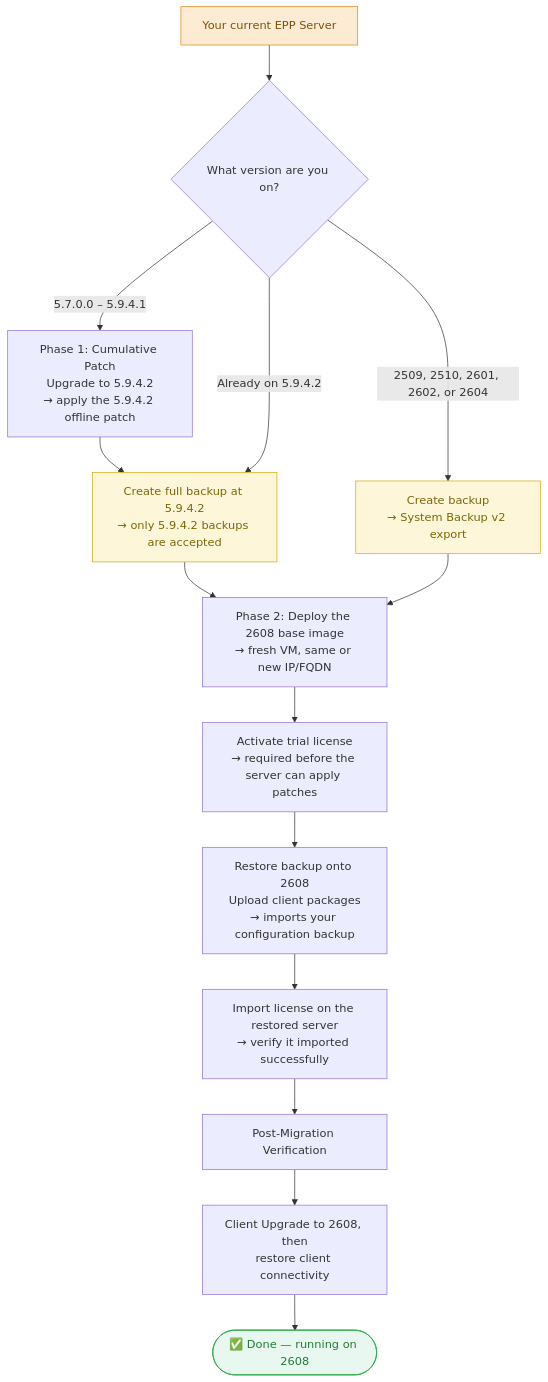
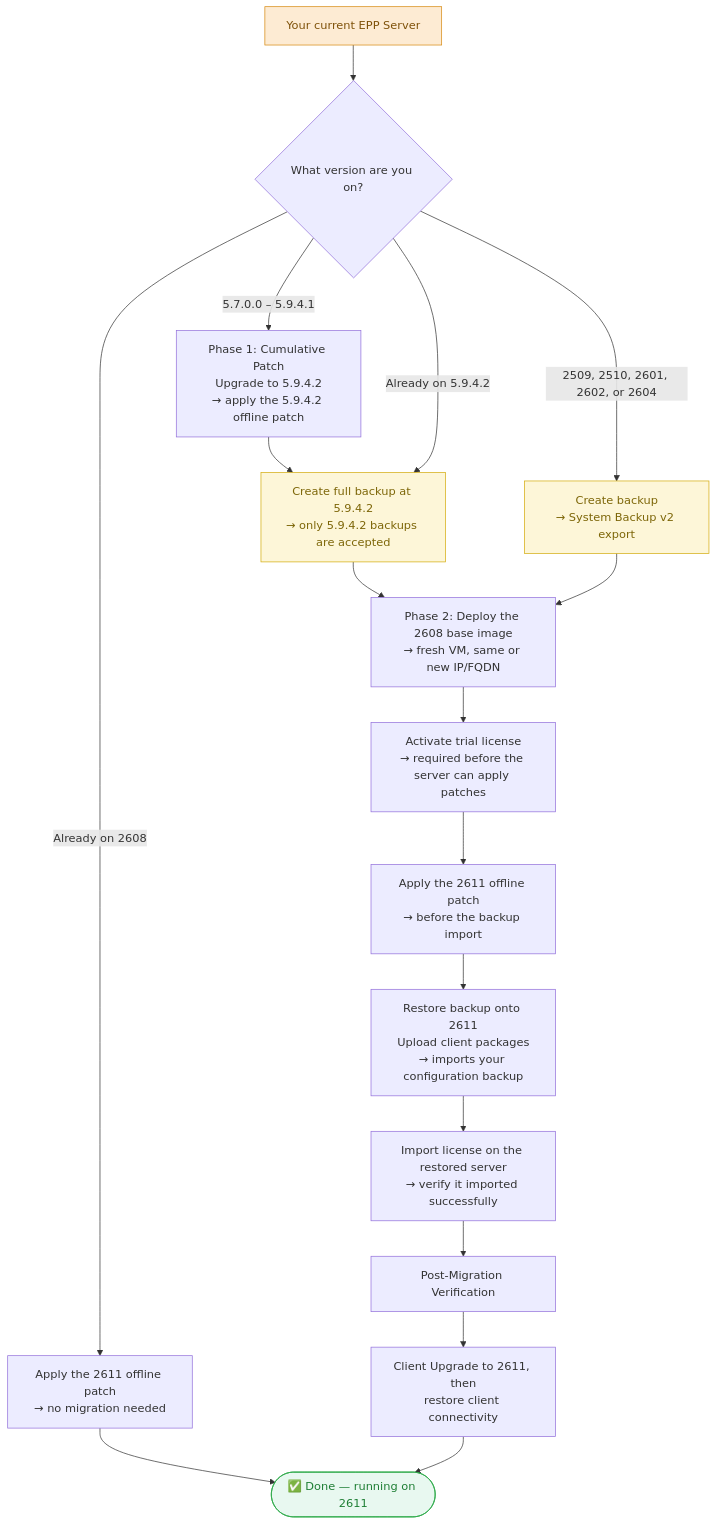
One commit to netwrix/docs changed the diagram in docs/endpointprotector/install/migrationprocedure/migrationguide.md. Above: the diagram before and after it, drawn with Mermaid. The commit also changed other lines of this file and 96 other files, not shown here.

````diff
--- a/docs/endpointprotector/install/migrationprocedure/migrationguide.md
+++ b/docs/endpointprotector/install/migrationprocedure/migrationguide.md
@@ -51,28 +53,31 @@
 ```mermaid
 flowchart TD
     Start["Your current EPP Server"] --> Q{"What version are you on?"}
 
     Q -->|"5.7.0.0 – 5.9.4.1"| Patch["Phase 1: Cumulative Patch<br/>Upgrade to 5.9.4.2<br/>→ apply the 5.9.4.2 offline patch"]
     Patch --> Backup1["Create full backup at 5.9.4.2<br/>→ only 5.9.4.2 backups are accepted"]
     Q -->|"Already on 5.9.4.2"| Backup1
 
     Q -->|"2509, 2510, 2601, 2602, or 2604"| Backup2["Create backup<br/>→ System Backup v2 export"]
+    Q -->|"Already on 2608"| PatchOnly["Apply the 2611 offline patch<br/>→ no migration needed"]
+    PatchOnly --> Done
 
     Backup1 --> Deploy["Phase 2: Deploy the 2608 base image<br/>→ fresh VM, same or new IP/FQDN"]
     Backup2 --> Deploy
 
     Deploy --> Trial["Activate trial license<br/>→ required before the server can apply patches"]
-    Trial --> Restore["Restore backup onto 2608<br/>Upload client packages<br/>→ imports your configuration backup"]
+    Trial --> Patch2611["Apply the 2611 offline patch<br/>→ before the backup import"]
+    Patch2611 --> Restore["Restore backup onto 2611<br/>Upload client packages<br/>→ imports your configuration backup"]
     Restore --> License["Import license on the restored server<br/>→ verify it imported successfully"]
     License --> Verify["Post-Migration Verification"]
-    Verify --> ClientUpgrade["Client Upgrade to 2608, then<br/>restore client connectivity"]
-    ClientUpgrade --> Done(["✅ Done — running on 2608"])
+    Verify --> ClientUpgrade["Client Upgrade to 2611, then<br/>restore client connectivity"]
+    ClientUpgrade --> Done(["✅ Done — running on 2611"])
 
     classDef startPoint fill:#fdebd3,stroke:#d68910,color:#7e5109
     classDef upgraded fill:#e8f8f0,stroke:#28a745,color:#1e7e34
     classDef backup fill:#fdf6d8,stroke:#d4ac0d,color:#7d6608
 
     class Start startPoint
     class Backup1,Backup2 backup
     class Done upgraded
 ```
````
